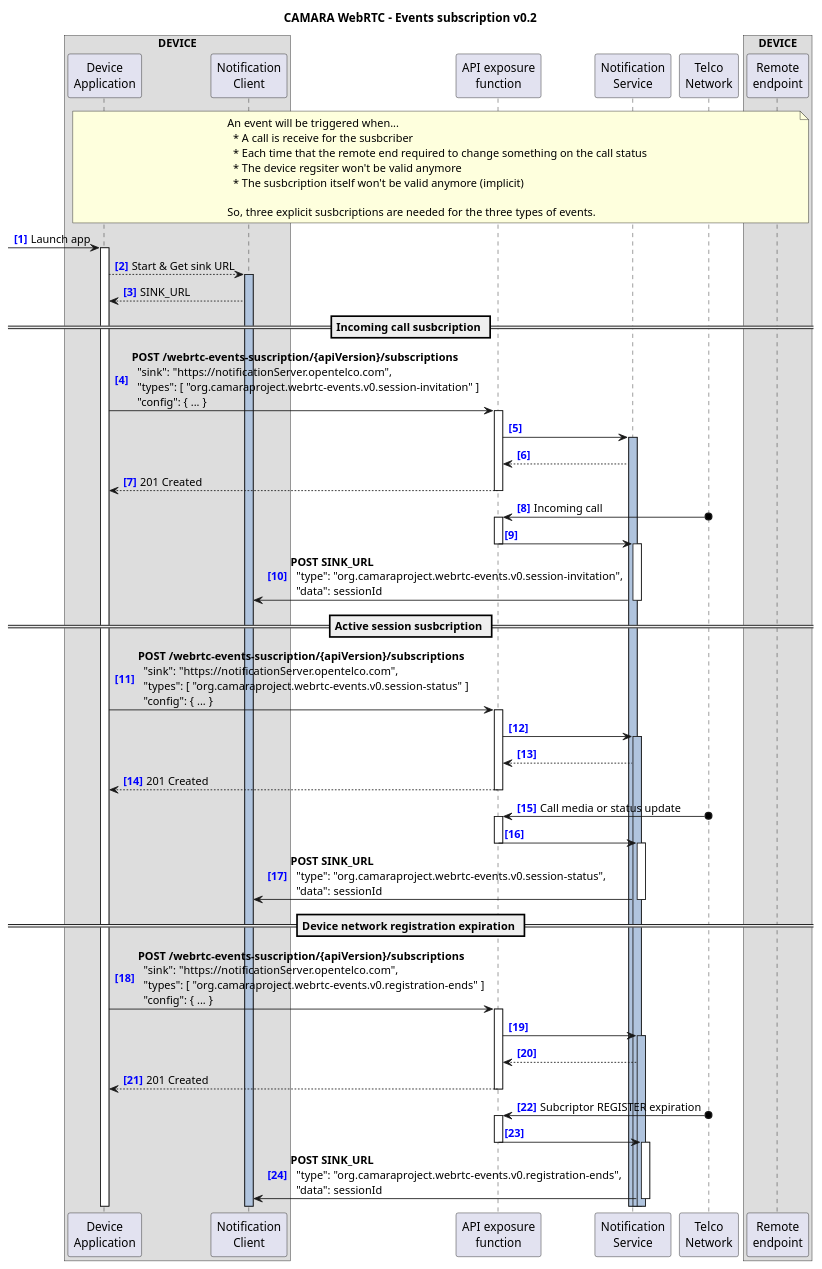
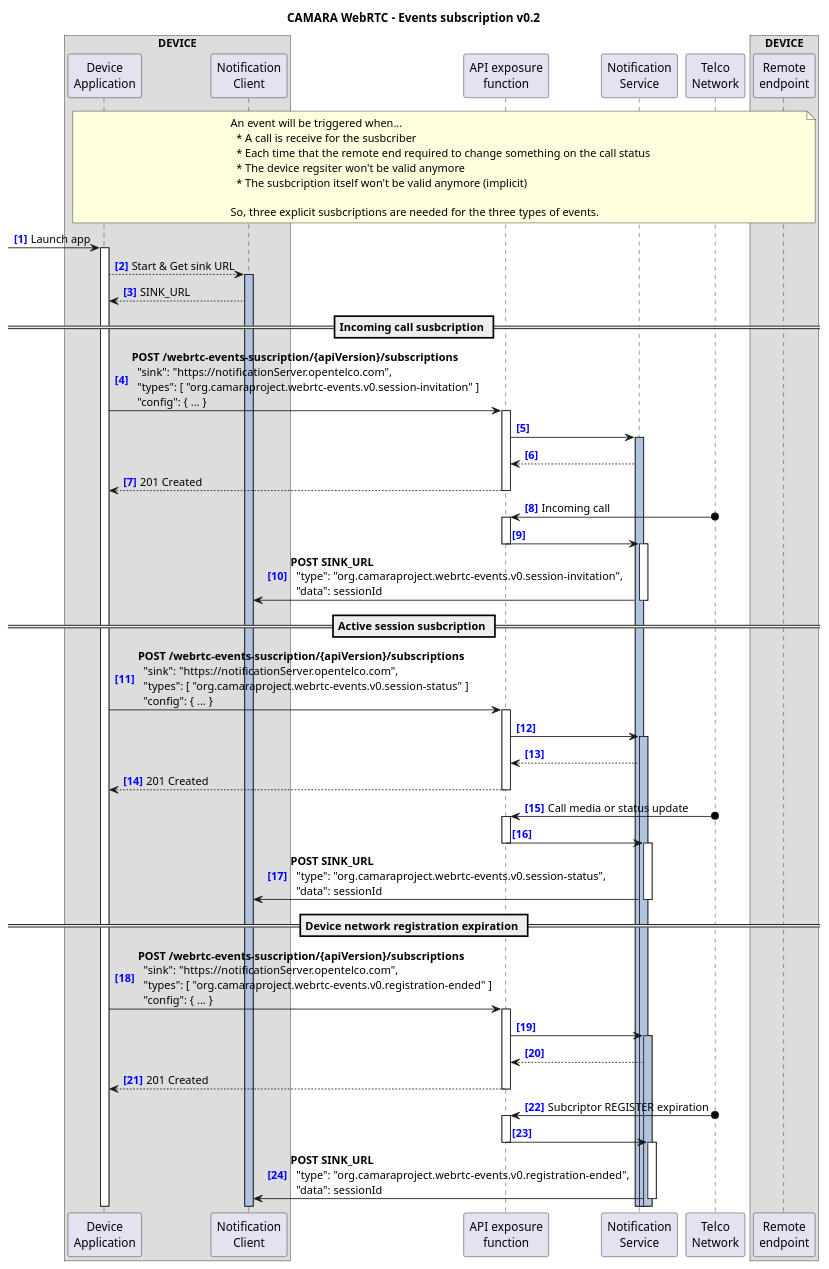
Before and after one commit to camaraproject/WebRTC: the diagram in documentation/SupportingDocuments/uml-diagrams/WebRTC-EventsSubscription.wsd, drawn with PlantUML. The commit also changed 6 other files, not shown here.

Commit message:
fix: renamed MAX_REGISTRATIONS and RegistrationEnded

```diff
--- a/documentation/SupportingDocuments/uml-diagrams/WebRTC-EventsSubscription.wsd
+++ b/documentation/SupportingDocuments/uml-diagrams/WebRTC-EventsSubscription.wsd
@@ -1,105 +1,105 @@
 @startuml WebRTC-EventsSusbcription-0.2
 
 title "CAMARA WebRTC - Events subscription v0.2"
 autonumber "<font color=blue><b>[0]"
 
 <style>
 .audioStyle {
   arrow {
     LineColor red
     LineThickness 5
   }
 }
 .wsStyle { 
   arrow { 
     LineColor blue 
     LineThickness 5 
   } 
 } 
 </style>
 
 box DEVICE
 participant DA as "Device\nApplication"
 participant NC as "Notification\nClient"
 end box
 
 ' participant AGG as "Aggregator\nNetwork"
 participant API as "API exposure\nfunction"
 participant NS as "Notification\nService"
 participant NET as "Telco\nNetwork"
 
 box DEVICE
 participant "Remote\nendpoint" as RE
 end box
 
 note across
   An event will be triggered when...
     * A call is receive for the susbcriber
     * Each time that the remote end required to change something on the call status
     * The device regsiter won't be valid anymore
     * The susbcription itself won't be valid anymore (implicit)
 
   So, three explicit susbcriptions are needed for the three types of events.
 end note
 
 -> DA++: Launch app
 
 DA --> NC: Start & Get sink URL
 activate NC #LightSteelBlue
 DA <-- NC: SINK_URL
 
 == Incoming call susbcription ==
 
 DA -> API++: **POST /webrtc-events-suscription/{apiVersion}/subscriptions** \n\
   "sink": "https://notificationServer.opentelco.com",\n\
   "types": [ "org.camaraproject.webrtc-events.v0.session-invitation" ]\n\
   "config": { ... }
 
 API -> NS
 activate NS #LightSteelBlue
 API <-- NS
 DA <-- API--: 201 Created
 
 API <-o NET++: Incoming call
 API -> NS --++
 NC <- NS --: **POST SINK_URL** \n\
   "type": "org.camaraproject.webrtc-events.v0.session-invitation",\n\
   "data": sessionId
 
 == Active session susbcription ==
 
 DA -> API++: **POST /webrtc-events-suscription/{apiVersion}/subscriptions** \n\
   "sink": "https://notificationServer.opentelco.com",\n\
   "types": [ "org.camaraproject.webrtc-events.v0.session-status" ]\n\
   "config": { ... }
 
 API -> NS
 activate NS #LightSteelBlue
 API <-- NS
 DA <-- API--: 201 Created
 
 API <-o NET++: Call media or status update
 API -> NS --++
 NC <- NS --: **POST SINK_URL** \n\
   "type": "org.camaraproject.webrtc-events.v0.session-status",\n\
   "data": sessionId
 
 == Device network registration expiration ==
 
 DA -> API++: **POST /webrtc-events-suscription/{apiVersion}/subscriptions** \n\
   "sink": "https://notificationServer.opentelco.com",\n\
-  "types": [ "org.camaraproject.webrtc-events.v0.registration-ends" ]\n\
+  "types": [ "org.camaraproject.webrtc-events.v0.registration-ended" ]\n\
   "config": { ... }
 
 API -> NS
 activate NS #LightSteelBlue
 API <-- NS
 DA <-- API--: 201 Created
 
 API <-o NET++: Subcriptor REGISTER expiration
 API -> NS --++
 NC <- NS --: **POST SINK_URL** \n\
-  "type": "org.camaraproject.webrtc-events.v0.registration-ends",\n\
+  "type": "org.camaraproject.webrtc-events.v0.registration-ended",\n\
   "data": sessionId
 
 @enduml
```
